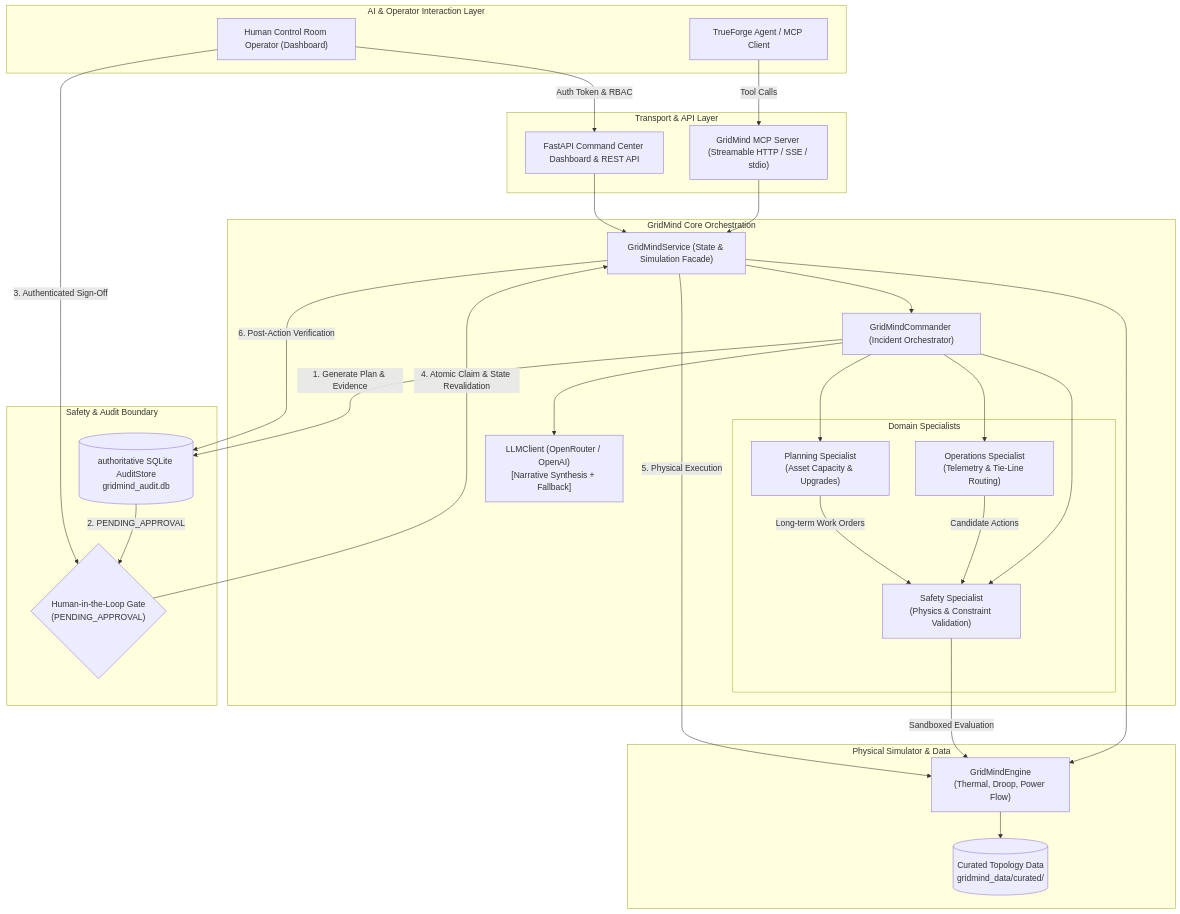
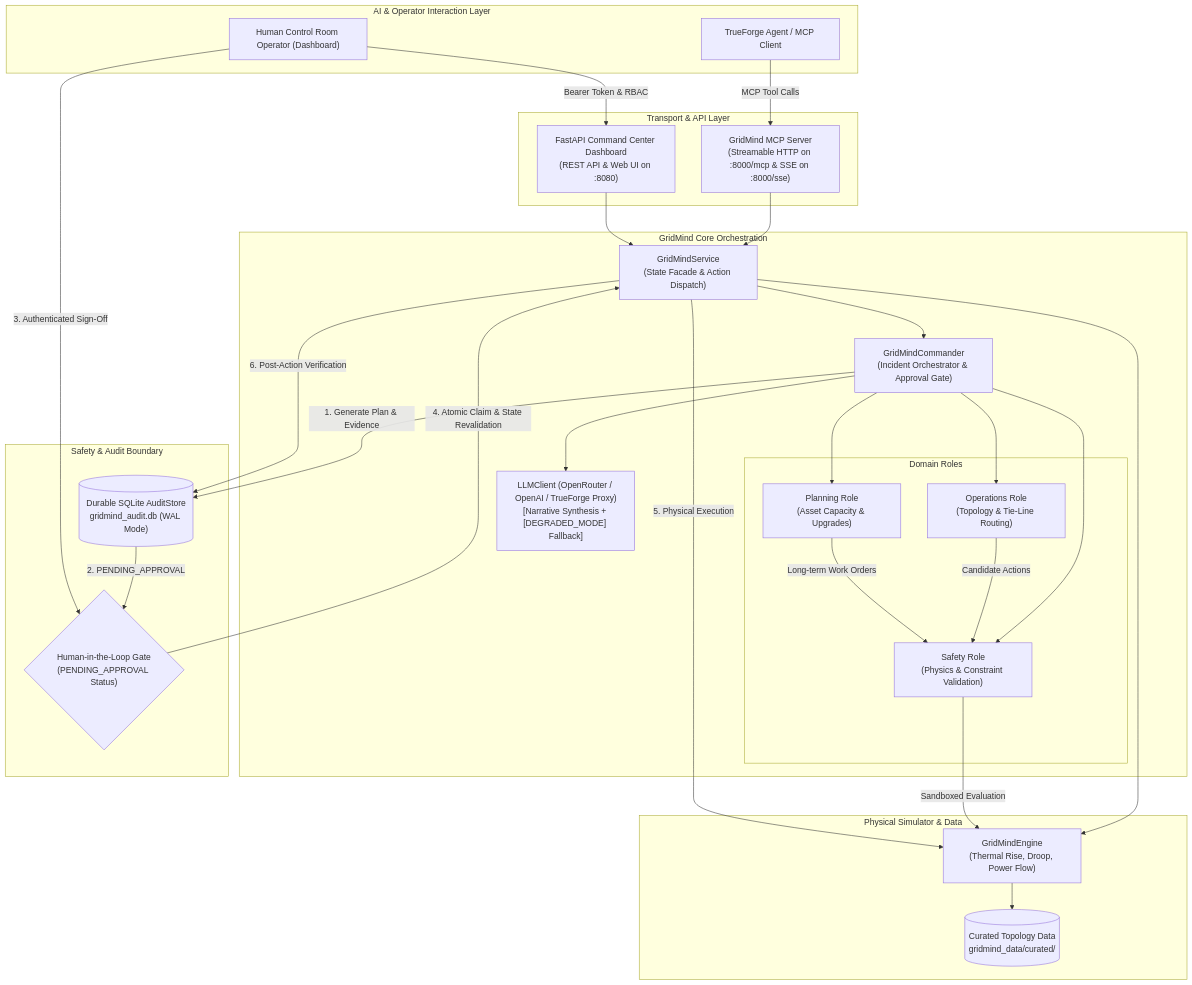
The diagram in README.md (kaamilstudiesig/gridmind), drawn with Mermaid before and after one commit. The commit also changed other lines of this file, not shown here.

Commit message:
docs: rewrite README for technical accuracy, 7 MCP tools, separate ports, and human tone

````diff
--- a/README.md
+++ b/README.md
@@ -19,58 +35,58 @@
 ```mermaid
 flowchart TD
     subgraph ClientLayer["AI & Operator Interaction Layer"]
         TF["TrueForge Agent / MCP Client"]
         OP["Human Control Room Operator (Dashboard)"]
     end
 
     subgraph TransportLayer["Transport & API Layer"]
-        MCP["GridMind MCP Server (Streamable HTTP / SSE / stdio)"]
-        DASH["FastAPI Command Center Dashboard & REST API"]
+        MCP["GridMind MCP Server\n(Streamable HTTP on :8000/mcp & SSE on :8000/sse)"]
+        DASH["FastAPI Command Center Dashboard\n(REST API & Web UI on :8080)"]
     end
 
     subgraph CoreOrchestration["GridMind Core Orchestration"]
-        SVC["GridMindService (State & Simulation Facade)"]
-        CMD["GridMindCommander (Incident Orchestrator)"]
+        SVC["GridMindService\n(State Facade & Action Dispatch)"]
+        CMD["GridMindCommander\n(Incident Orchestrator & Approval Gate)"]
         
-        subgraph Specialists["Domain Specialists"]
-            OPS["Operations Specialist\n(Telemetry & Tie-Line Routing)"]
-            PLN["Planning Specialist\n(Asset Capacity & Upgrades)"]
-            SFT["Safety Specialist\n(Physics & Constraint Validation)"]
+        subgraph Specialists["Domain Roles"]
+            OPS["Operations Role\n(Topology & Tie-Line Routing)"]
+            PLN["Planning Role\n(Asset Capacity & Upgrades)"]
+            SFT["Safety Role\n(Physics & Constraint Validation)"]
         end
 
-        LLM["LLMClient (OpenRouter / OpenAI)\n[Narrative Synthesis + Fallback]"]
+        LLM["LLMClient (OpenRouter / OpenAI / TrueForge Proxy)\n[Narrative Synthesis + [DEGRADED_MODE] Fallback]"]
     end
 
     subgraph SafetyGate["Safety & Audit Boundary"]
-        GATE{"Human-in-the-Loop Gate\n(PENDING_APPROVAL)"}
-        STORE[("authoritative SQLite AuditStore\ngridmind_audit.db")]
+        GATE{"Human-in-the-Loop Gate\n(PENDING_APPROVAL Status)"}
+        STORE[("Durable SQLite AuditStore\ngridmind_audit.db (WAL Mode)")]
     end
 
     subgraph PhysicsLayer["Physical Simulator & Data"]
-        ENG["GridMindEngine\n(Thermal, Droop, Power Flow)"]
+        ENG["GridMindEngine\n(Thermal Rise, Droop, Power Flow)"]
         DATA[("Curated Topology Data\ngridmind_data/curated/")]
     end
 
-    TF -->|Tool Calls| MCP
-    OP -->|Auth Token & RBAC| DASH
+    TF -->|MCP Tool Calls| MCP
+    OP -->|Bearer Token & RBAC| DASH
     MCP --> SVC
     DASH --> SVC
     SVC --> CMD
     SVC --> ENG
     ENG --> DATA
 
     CMD --> OPS
     CMD --> PLN
     CMD --> SFT
     OPS -->|Candidate Actions| SFT
     PLN -->|Long-term Work Orders| SFT
     SFT -->|Sandboxed Evaluation| ENG
     CMD --> LLM
 
     CMD -->|1. Generate Plan & Evidence| STORE
     STORE -->|2. PENDING_APPROVAL| GATE
     OP -->|3. Authenticated Sign-Off| GATE
     GATE -->|4. Atomic Claim & State Revalidation| SVC
     SVC -->|5. Physical Execution| ENG
     SVC -->|6. Post-Action Verification| STORE
 ```
````
